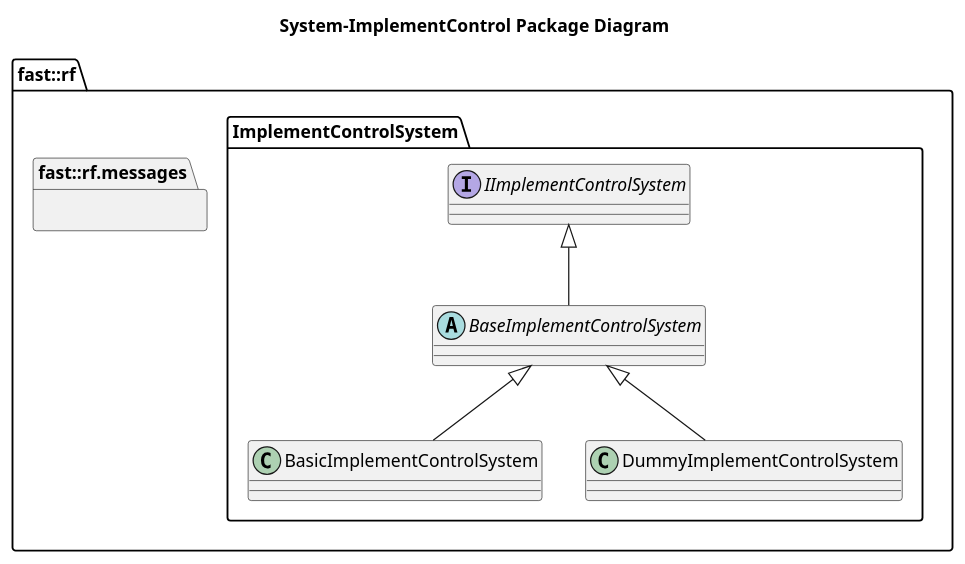
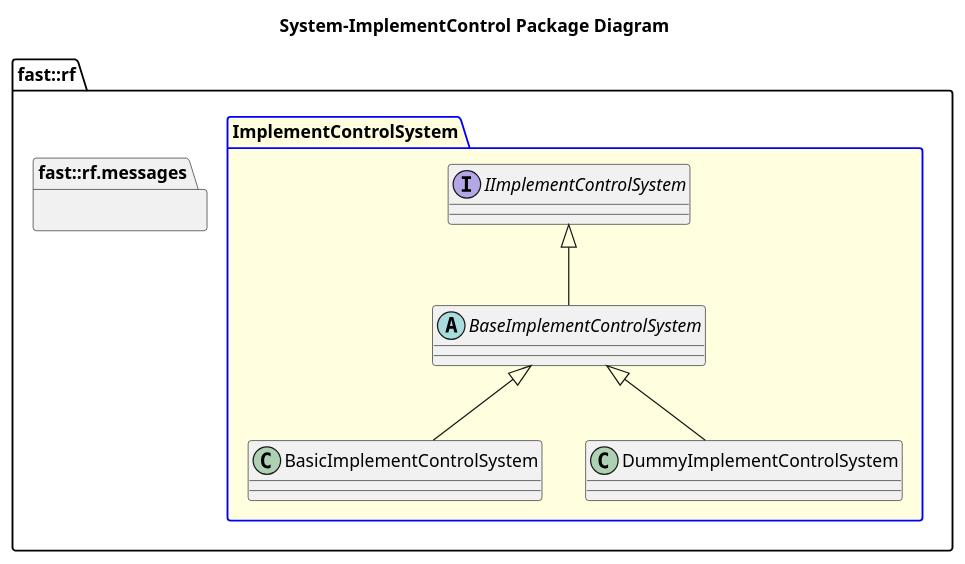
The diagram in Systems/ImplementControl/doc/puml/SystemImplementControlPackageDiagram.puml (fastrobotics/robot_framework), drawn with PlantUML before and after one commit. The commit also changed 64 other files, not shown here.

```diff
--- a/Systems/ImplementControl/doc/puml/SystemImplementControlPackageDiagram.puml
+++ b/Systems/ImplementControl/doc/puml/SystemImplementControlPackageDiagram.puml
@@ -1,21 +1,21 @@
 @startuml
 title System-ImplementControl Package Diagram
 
 namespace fast::rf {
   namespace messages  {}
-  namespace ImplementControlSystem {
+  package ImplementControlSystem  #LightYellow;line:blue {
     interface IImplementControlSystem {
     }
     abstract BaseImplementControlSystem {
     }
     IImplementControlSystem <|-- BaseImplementControlSystem
     class BasicImplementControlSystem {
 
     }
     BaseImplementControlSystem <|-- BasicImplementControlSystem
     class DummyImplementControlSystem  {
     }
     BaseImplementControlSystem <|-- DummyImplementControlSystem
   }
 }
 @enduml
```
